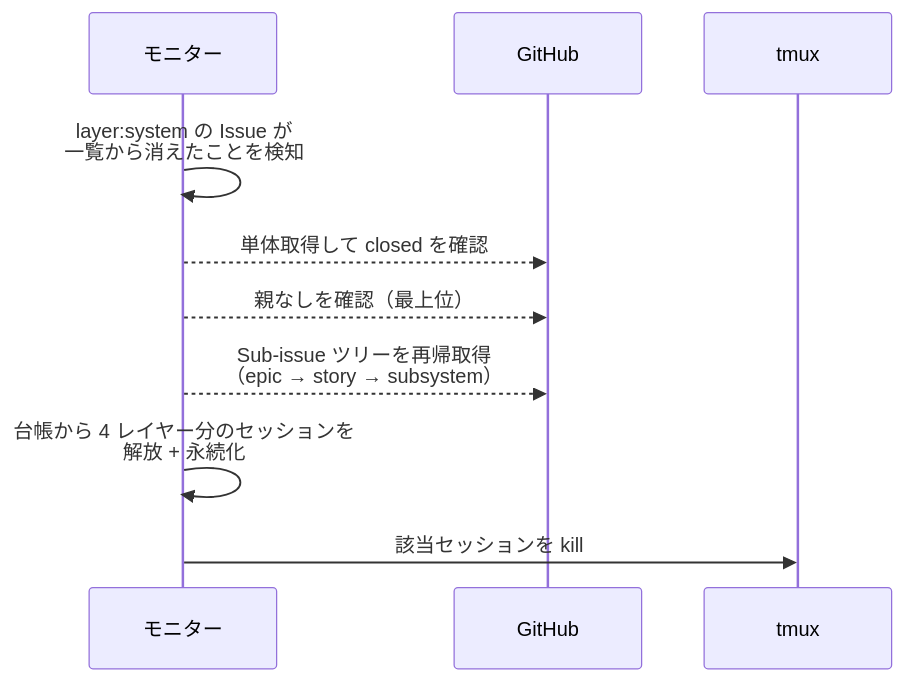
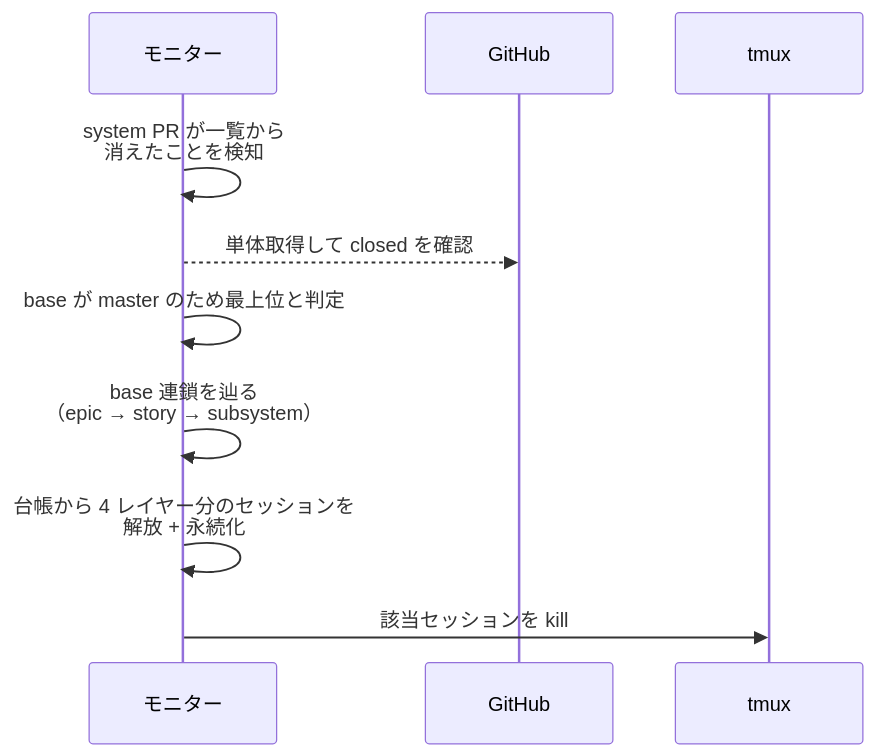
One commit to shuhei1101/ai-monitor changed the second of 7 diagrams in docs/wiki/設計図/インターフェース定義/バックエンド/一括解放.py.md. Above: the diagram before and after it, drawn with Mermaid. The commit also changed other lines of this file and 256 other files, not shown here.

````diff
--- a/docs/wiki/設計図/インターフェース定義/バックエンド/一括解放.py.md
+++ b/docs/wiki/設計図/インターフェース定義/バックエンド/一括解放.py.md
@@ -82,13 +81,13 @@
 ```mermaid
 sequenceDiagram
   participant MON as モニター
   participant GH as GitHub
   participant TMUX as tmux
 
-  MON->>MON: layer:system の Issue が<br>一覧から消えたことを検知
+  MON->>MON: system PR が一覧から<br>消えたことを検知
   MON-->>GH: 単体取得して closed を確認
-  MON-->>GH: 親なしを確認（最上位）
-  MON-->>GH: Sub-issue ツリーを再帰取得<br>（epic → story → subsystem）
+  MON->>MON: base が master のため最上位と判定
+  MON->>MON: base 連鎖を辿る<br>（epic → story → subsystem）
   MON->>MON: 台帳から 4 レイヤー分のセッションを<br>解放 + 永続化
   MON->>TMUX: 該当セッションを kill
 ```
````
